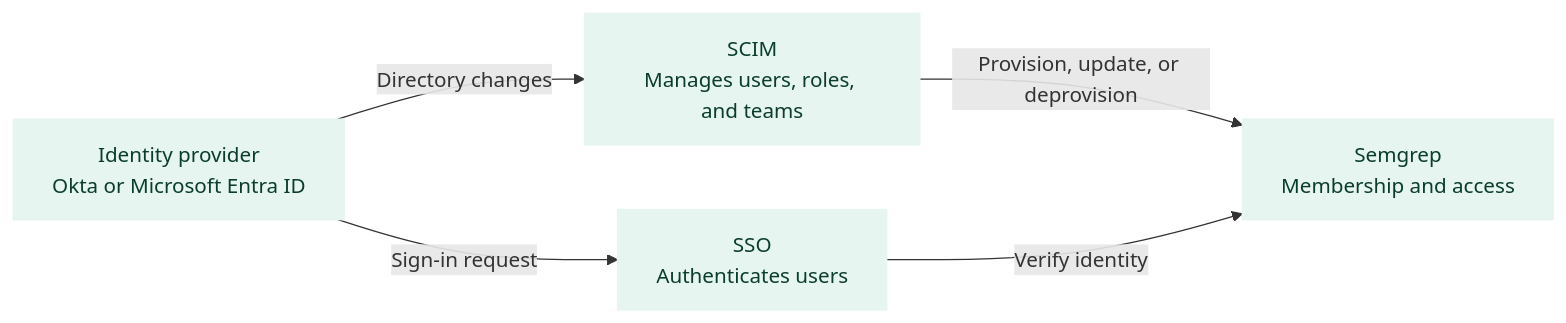
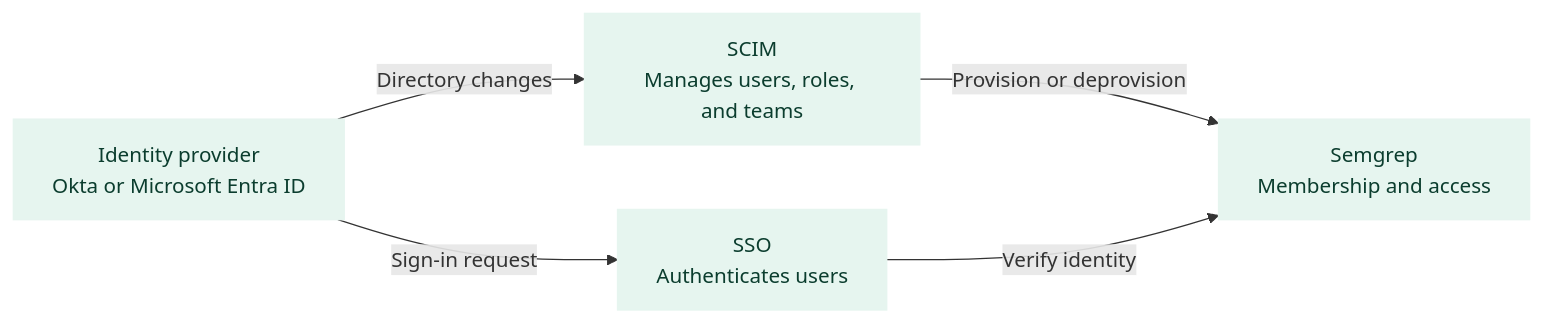
The diagram in docs/deployment/scim.mdx (semgrep/semgrep-docs), drawn with Mermaid before and after one commit. The commit also changed other lines of this file and 2 other files, not shown here.

````diff
--- a/docs/deployment/scim.mdx
+++ b/docs/deployment/scim.mdx
@@ -35,15 +34,15 @@
 ```mermaid
 flowchart LR
     A["Identity provider<br/>Okta or Microsoft Entra ID"]
     B["SCIM<br/>Manages users, roles, and teams"]
     C["Semgrep<br/>Membership and access"]
     D["SSO<br/>Authenticates users"]
 
     A -->|"Directory changes"| B
-    B -->|"Provision, update, or deprovision"| C
+    B -->|"Provision or deprovision"| C
     A -->|"Sign-in request"| D
     D -->|"Verify identity"| C
 
     classDef semgrep fill:#E6F5EF,stroke:#E6F5EF,color:#0B3D2E
     class A,B,C,D semgrep
 ```
````
